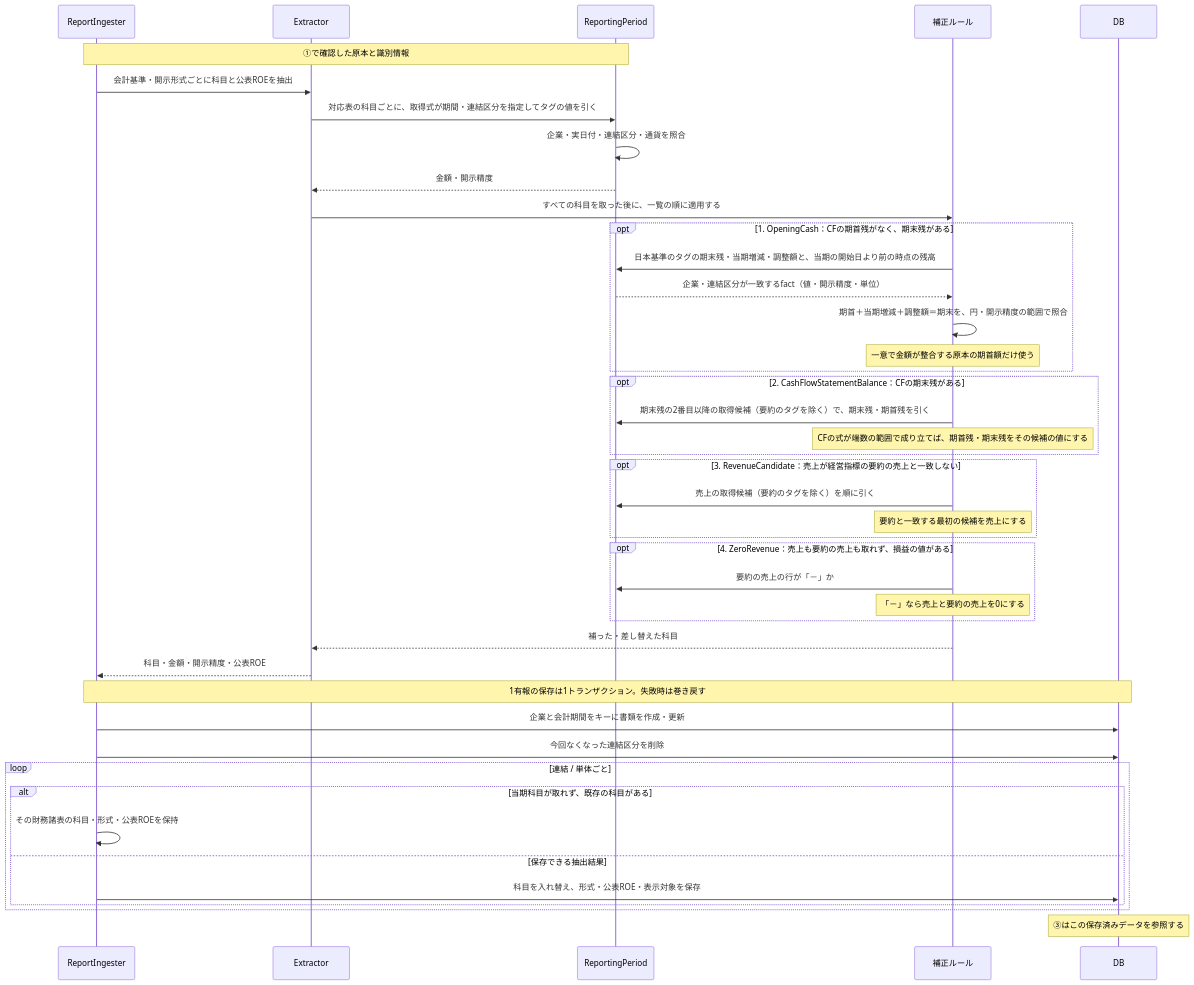
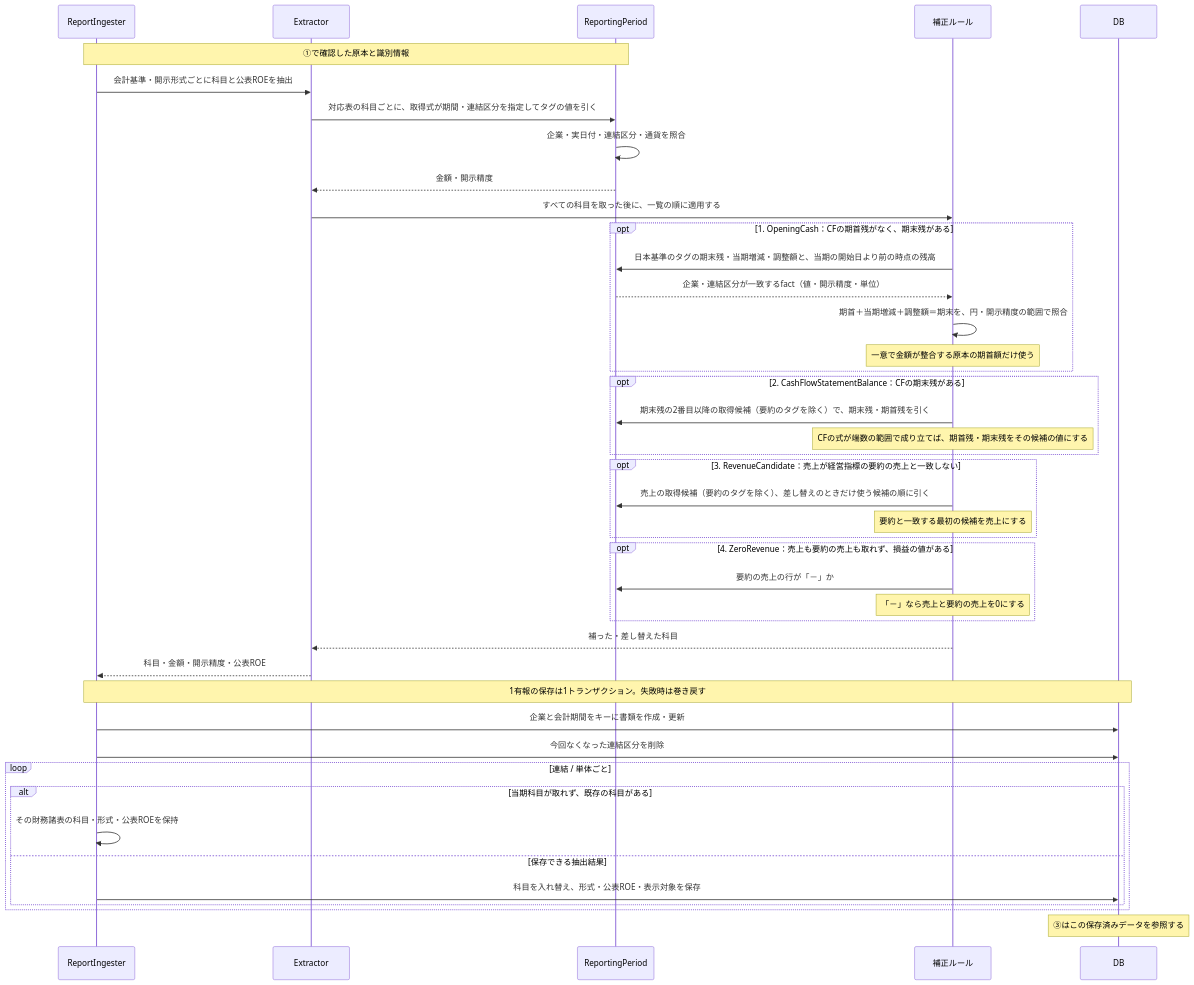
Before and after one commit to shin4488/financial-statement: the third of 12 diagrams in docs/guide/03_data_flow.md, drawn with Mermaid. The commit also changed other lines of this file and 37 other files, not shown here.

````diff
--- a/docs/guide/03_data_flow.md
+++ b/docs/guide/03_data_flow.md
@@ -91,45 +91,45 @@
 ```mermaid
 sequenceDiagram
     participant I as ReportIngester
     participant X as Extractor
     participant P as ReportingPeriod
     participant A as 補正ルール
     participant D as DB
     Note over I,P: ①で確認した原本と識別情報
     I->>X: 会計基準・開示形式ごとに科目と公表ROEを抽出
     X->>P: 対応表の科目ごとに、取得式が期間・連結区分を指定してタグの値を引く
     P->>P: 企業・実日付・連結区分・通貨を照合
     P-->>X: 金額・開示精度
     X->>A: すべての科目を取った後に、一覧の順に適用する
     opt 1. OpeningCash：CFの期首残がなく、期末残がある
         A->>P: 日本基準のタグの期末残・当期増減・調整額と、当期の開始日より前の時点の残高
         P-->>A: 企業・連結区分が一致するfact（値・開示精度・単位）
         A->>A: 期首＋当期増減＋調整額＝期末を、円・開示精度の範囲で照合
         Note over A: 一意で金額が整合する原本の期首額だけ使う
     end
     opt 2. CashFlowStatementBalance：CFの期末残がある
         A->>P: 期末残の2番目以降の取得候補（要約のタグを除く）で、期末残・期首残を引く
         Note over A: CFの式が端数の範囲で成り立てば、期首残・期末残をその候補の値にする
     end
     opt 3. RevenueCandidate：売上が経営指標の要約の売上と一致しない
-        A->>P: 売上の取得候補（要約のタグを除く）を順に引く
+        A->>P: 売上の取得候補（要約のタグを除く）、差し替えのときだけ使う候補の順に引く
         Note over A: 要約と一致する最初の候補を売上にする
     end
     opt 4. ZeroRevenue：売上も要約の売上も取れず、損益の値がある
         A->>P: 要約の売上の行が「－」か
         Note over A: 「－」なら売上と要約の売上を0にする
     end
     A-->>X: 補った・差し替えた科目
     X-->>I: 科目・金額・開示精度・公表ROE
     Note over I,D: 1有報の保存は1トランザクション。失敗時は巻き戻す
     I->>D: 企業と会計期間をキーに書類を作成・更新
     I->>D: 今回なくなった連結区分を削除
     loop 連結 / 単体ごと
         alt 当期科目が取れず、既存の科目がある
             I->>I: その財務諸表の科目・形式・公表ROEを保持
         else 保存できる抽出結果
             I->>D: 科目を入れ替え、形式・公表ROE・表示対象を保存
         end
     end
     Note over D: ③はこの保存済みデータを参照する
 ```
````
